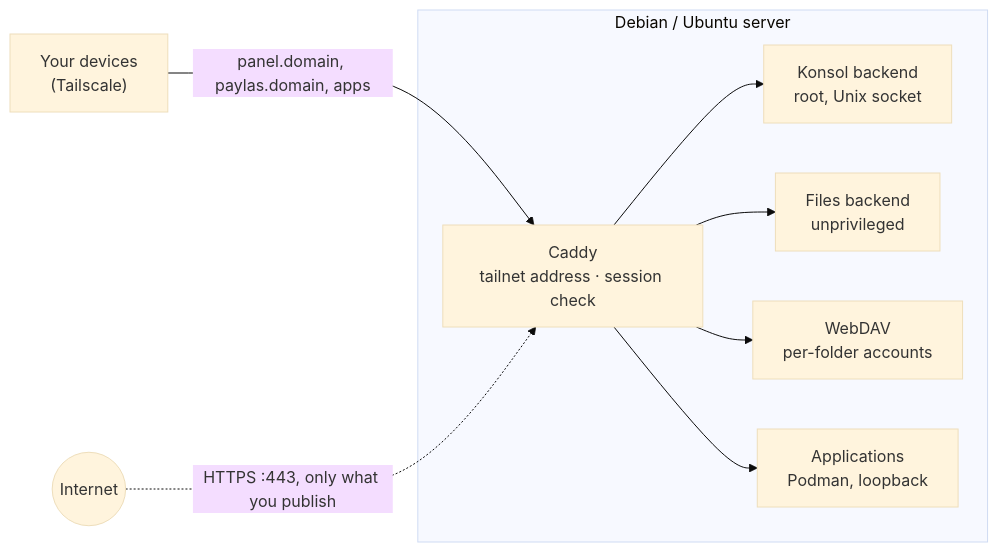
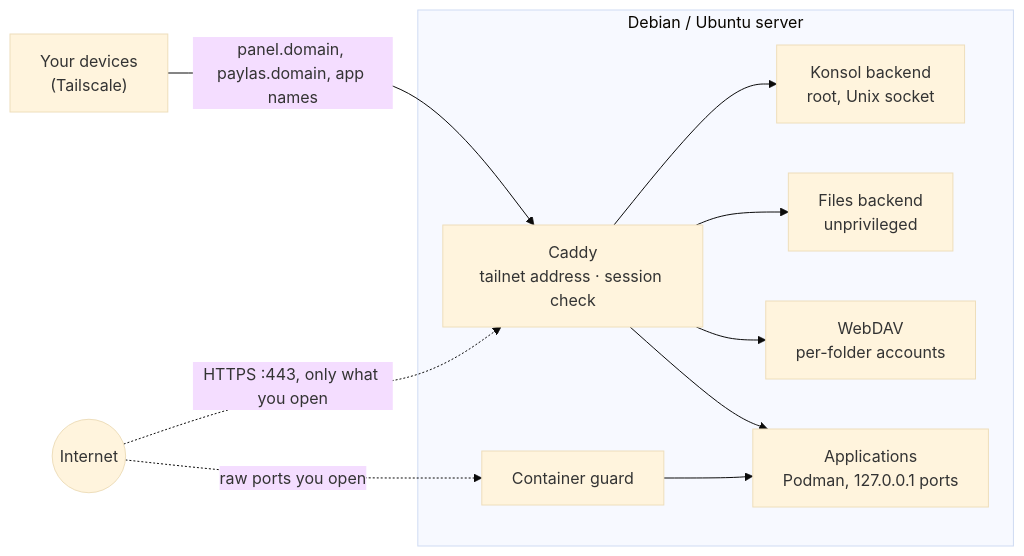
Before and after one commit to drs0me1/obhut: the diagram in README.md, drawn with Mermaid (base theme). The commit also changed other lines of this file and 94 other files, not shown here.

````diff
--- a/README.md
+++ b/README.md
@@ -40,12 +72,14 @@
 ```mermaid
 flowchart LR
-  you["Your devices<br/>(Tailscale)"] -->|"panel.domain, paylas.domain, apps"| caddy
-  net(("Internet")) -.->|"HTTPS :443, only what you publish"| caddy
+  you["Your devices<br/>(Tailscale)"] -->|"panel.domain, paylas.domain, app names"| caddy
+  net(("Internet")) -.->|"HTTPS :443, only what you open"| caddy
+  net -.->|"raw ports you open"| guard
   subgraph server["Debian / Ubuntu server"]
     caddy["Caddy<br/>tailnet address · session check"]
     caddy --> konsol["Konsol backend<br/>root, Unix socket"]
     caddy --> files["Files backend<br/>unprivileged"]
     caddy --> dav["WebDAV<br/>per-folder accounts"]
-    caddy --> apps["Applications<br/>Podman, loopback"]
+    caddy --> apps["Applications<br/>Podman, 127.0.0.1 ports"]
+    guard["Container guard"] --> apps
   end
 ```
````
